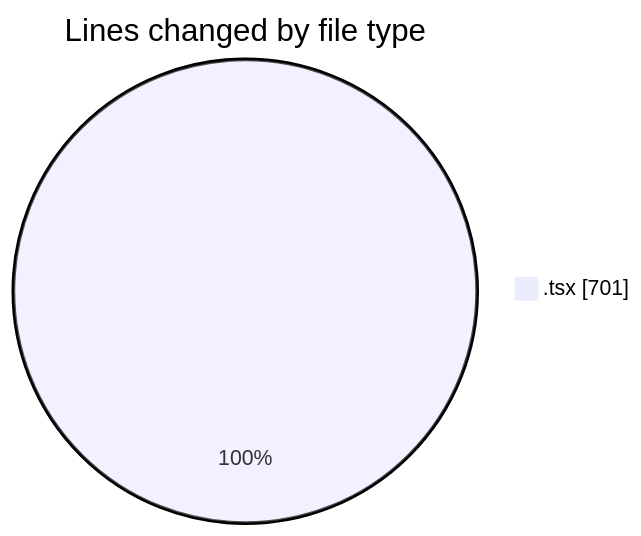
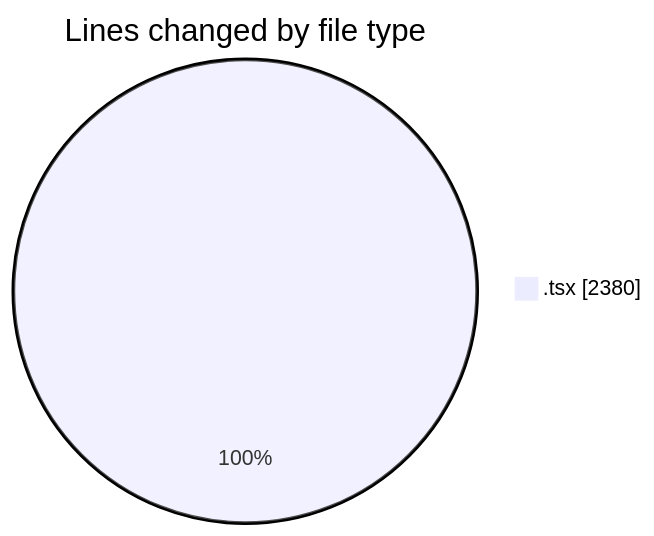
Before and after one commit to momahboobian/code-tracking: the first of 2 diagrams in 2025-12-04/cda/README.md, drawn with Mermaid. The commit also changed other lines of this file and 1 other file, not shown here.

````diff
--- a/2025-12-04/cda/README.md
+++ b/2025-12-04/cda/README.md
@@ -21,5 +22,5 @@
 ```mermaid
 pie showData
 title Lines changed by file type
-".tsx" : 701
+".tsx" : 2380
 ```
````
